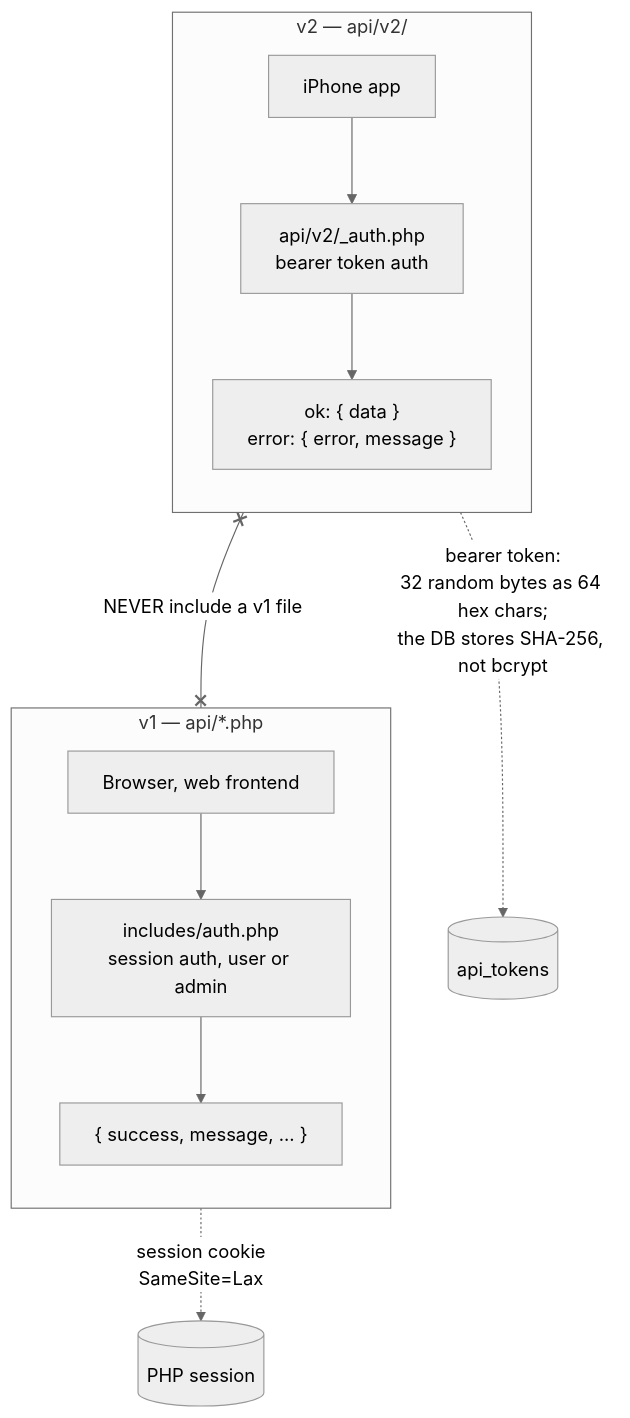
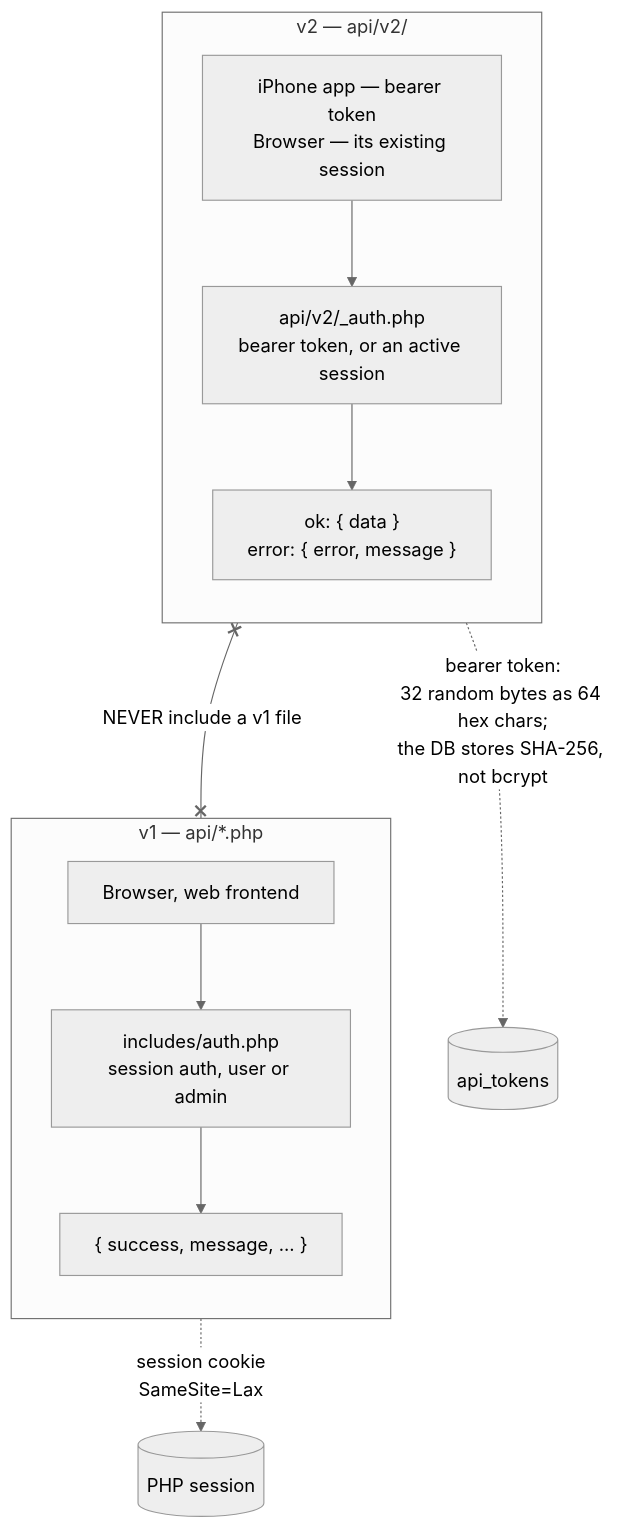
The first of 2 diagrams in docs/architecture/2-apis.md (CammyBlack02/gameTracker), drawn with Mermaid (neutral theme) before and after one commit. The commit also changed other lines of this file and 2 other files, not shown here.

````diff
--- a/docs/architecture/2-apis.md
+++ b/docs/architecture/2-apis.md
@@ -9,23 +9,23 @@
 ```mermaid
 flowchart TB
     subgraph v1["v1 — api/*.php"]
         direction TB
         v1c["Browser, web frontend"]
         v1a["includes/auth.php<br/>session auth, user or admin"]
         v1r["{ success, message, ... }"]
         v1c --> v1a --> v1r
     end
 
     subgraph v2["v2 — api/v2/"]
         direction TB
-        v2c["iPhone app"]
-        v2a["api/v2/_auth.php<br/>bearer token auth"]
+        v2c["iPhone app — bearer token<br/>Browser — its existing session"]
+        v2a["api/v2/_auth.php<br/>bearer token, or an active session"]
         v2r["ok: { data }<br/>error: { error, message }"]
         v2c --> v2a --> v2r
     end
 
     v1a -.->|"session cookie<br/>SameSite=Lax"| cookie[("PHP session")]
     v2a -.->|"bearer token:<br/>32 random bytes as 64 hex chars;<br/>the DB stores SHA-256, not bcrypt"| tok[("api_tokens")]
 
     v2 x--x|"NEVER include a v1 file"| v1
 ```
````
